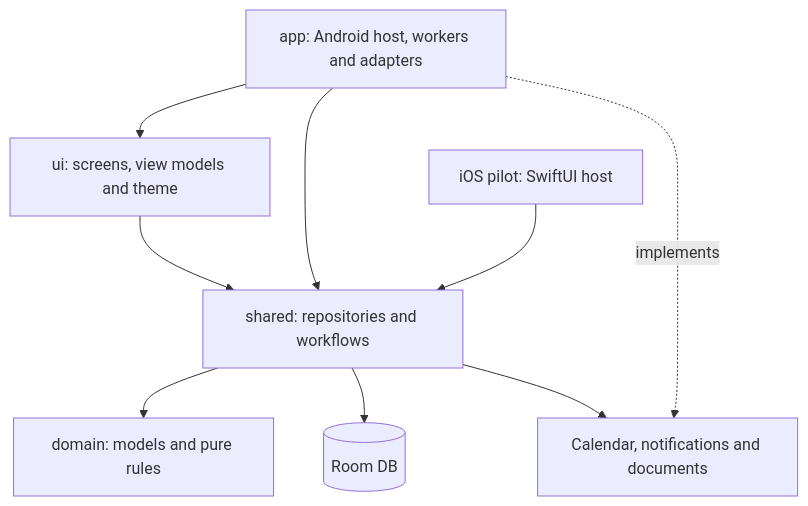
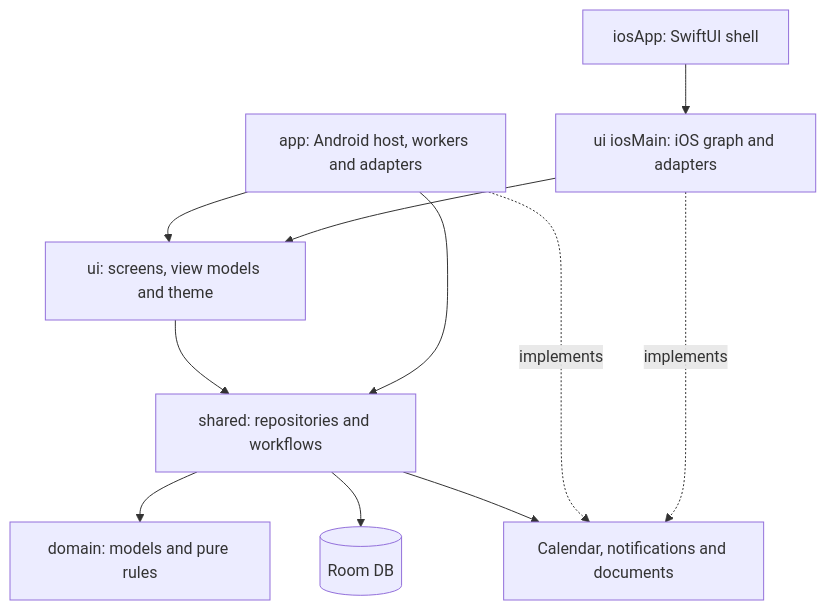
Before and after one commit to seblful/tutoring-app: the diagram in docs/architecture.md, drawn with Mermaid. The commit also changed other lines of this file and 48 other files, not shown here.

First line of the commit message:
feat(ios): run the shared screens as the iOS app

````diff
--- a/docs/architecture.md
+++ b/docs/architecture.md
@@ -11,11 +12,13 @@
 ```mermaid
 flowchart TB
     App["app: Android host, workers and adapters"] --> Ui["ui: screens, view models and theme"]
     Ui --> Shared["shared: repositories and workflows"]
     App --> Shared
-    Ios["iOS pilot: SwiftUI host"] --> Shared
+    Ios["iosApp: SwiftUI shell"] --> IosUi["ui iosMain: iOS graph and adapters"]
+    IosUi --> Ui
     Shared --> Domain["domain: models and pure rules"]
     Shared --> Room[(Room DB)]
     Shared --> Ports[Calendar, notifications and documents]
     App -. implements .-> Ports
+    IosUi -. implements .-> Ports
 ```
````
